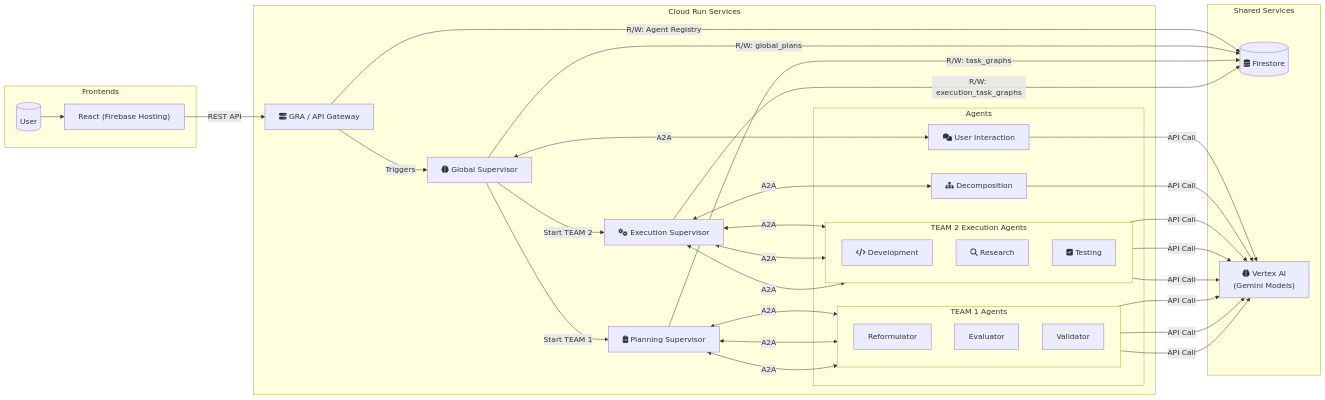
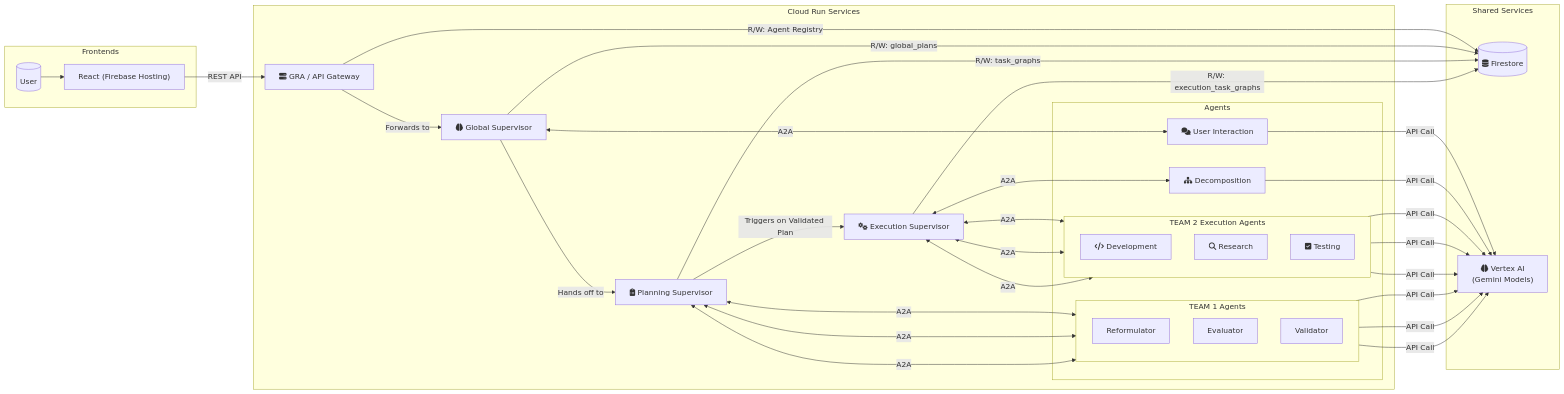
Before and after one commit to etiennerev1222/orchestrai-hackathon-ADK: the second of 2 diagrams in README.md, drawn with Mermaid. The commit also changed other lines of this file, not shown here.

Commit message:
Update README with refreshed diagrams and installation steps

````diff
--- a/README.md
+++ b/README.md
@@ -85,74 +95,73 @@
 ```mermaid
 graph LR
     %% --- FRONTENDS ---
     subgraph "Frontends"
         User[(User)]
         ReactUI["React (Firebase Hosting)"]
         User --> ReactUI
     end
 
     %% --- BACKEND on Cloud Run ---
     subgraph "Cloud Run Services"
         GRA[fa:fa-server GRA / API Gateway]
         GlobalSupervisor[fa:fa-brain Global Supervisor]
         PlanningSupervisor[fa:fa-clipboard-list Planning Supervisor]
         ExecutionSupervisor[fa:fa-cogs Execution Supervisor]
 
         subgraph "Agents"
             UserInteractionAgent[fa:fa-comments User Interaction]
             DecompositionAgent[fa:fa-sitemap Decomposition]
 
             subgraph "TEAM 1 Agents"
                 direction TB
                 Reformulator
                 Evaluator
                 Validator
             end
 
             subgraph "TEAM 2 Execution Agents"
                 direction TB
                 DevelopmentAgent[fa:fa-code Development]
                 ResearchAgent[fa:fa-search Research]
                 TestingAgent[fa:fa-check-square Testing]
             end
         end
     end
 
     %% --- SHARED SERVICES ---
     subgraph "Shared Services"
         Firestore[(fa:fa-database Firestore)]
         VertexAI["fa:fa-brain Vertex AI\n(Gemini Models)"]
     end
 
     %% --- FLOW & INTERACTIONS ---
     ReactUI -- "REST API" --> GRA
-    GRA -- "Triggers" --> GlobalSupervisor
-    GlobalSupervisor -- "Start TEAM 1" --> PlanningSupervisor
-    GlobalSupervisor -- "Start TEAM 2" --> ExecutionSupervisor
-
+    GRA -- "Forwards to" --> GlobalSupervisor
+    GlobalSupervisor -- "Hands off to" --> PlanningSupervisor
+    PlanningSupervisor -- "Triggers on Validated Plan" --> ExecutionSupervisor
     %% Agent Communications
     GlobalSupervisor <--> |"A2A"| UserInteractionAgent
     PlanningSupervisor <--> |"A2A"| Reformulator
     PlanningSupervisor <--> |"A2A"| Evaluator
     PlanningSupervisor <--> |"A2A"| Validator
     ExecutionSupervisor <--> |"A2A"| DecompositionAgent
     ExecutionSupervisor <--> |"A2A"| DevelopmentAgent
     ExecutionSupervisor <--> |"A2A"| ResearchAgent
     ExecutionSupervisor <--> |"A2A"| TestingAgent
 
     %% Database Connections
     GRA -- "R/W: Agent Registry" --> Firestore
     GlobalSupervisor -- "R/W: global_plans" --> Firestore
     PlanningSupervisor -- "R/W: task_graphs" --> Firestore
     ExecutionSupervisor -- "R/W: execution_task_graphs" --> Firestore
 
     %% LLM Connections
     UserInteractionAgent -- "API Call" --> VertexAI
     Reformulator -- "API Call" --> VertexAI
     Evaluator -- "API Call" --> VertexAI
     Validator -- "API Call" --> VertexAI
     DecompositionAgent -- "API Call" --> VertexAI
     DevelopmentAgent -- "API Call" --> VertexAI
     ResearchAgent -- "API Call" --> VertexAI
     TestingAgent -- "API Call" --> VertexAI
 ```
````
